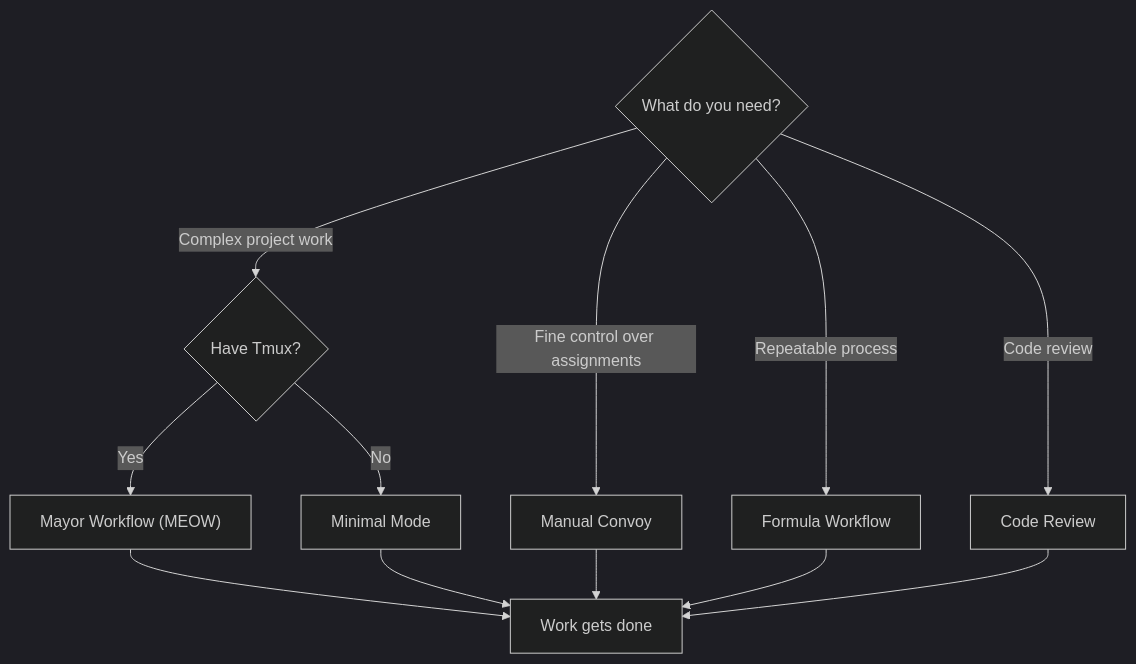
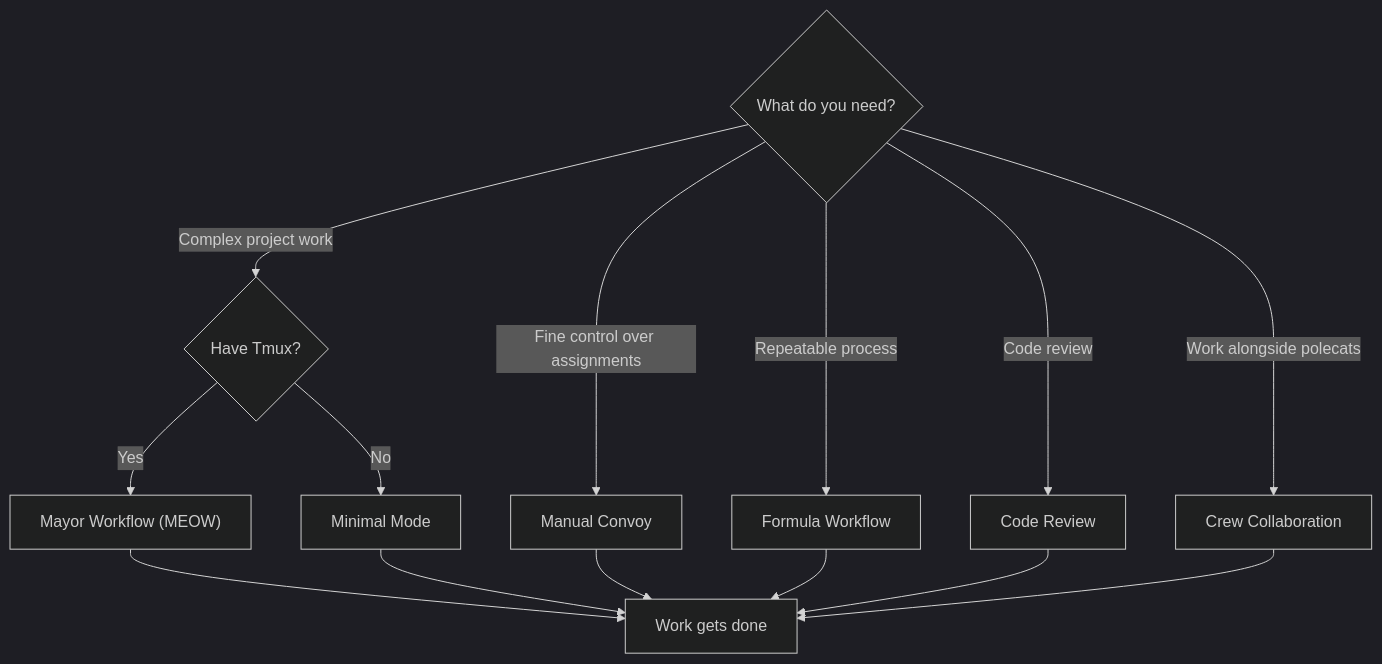
The diagram in docs/workflows/index.md (thanakijwanavit/gastown-docs), drawn with Mermaid (dark theme) before and after one commit. The commit also changed 2 other files, not shown here.

Commit message:
docs: add crew collaboration to workflow decision tree

````diff
--- a/docs/workflows/index.md
+++ b/docs/workflows/index.md
@@ -26,16 +26,18 @@
 ```mermaid
 flowchart TD
     Start{What do you need?} -->|Complex project work| A{Have Tmux?}
     A -->|Yes| MEOW["Mayor Workflow (MEOW)"]
     A -->|No| Minimal[Minimal Mode]
 
     Start -->|Fine control over assignments| Manual[Manual Convoy]
     Start -->|Repeatable process| Formula[Formula Workflow]
     Start -->|Code review| Review[Code Review]
+    Start -->|Work alongside polecats| Crew[Crew Collaboration]
 
     MEOW --> Done[Work gets done]
     Minimal --> Done
     Manual --> Done
     Formula --> Done
     Review --> Done
+    Crew --> Done
 ```
````
